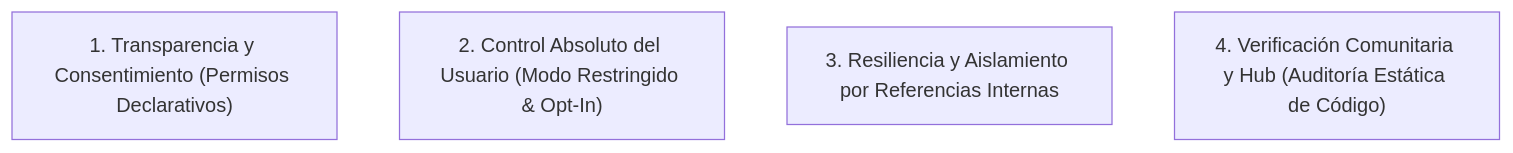
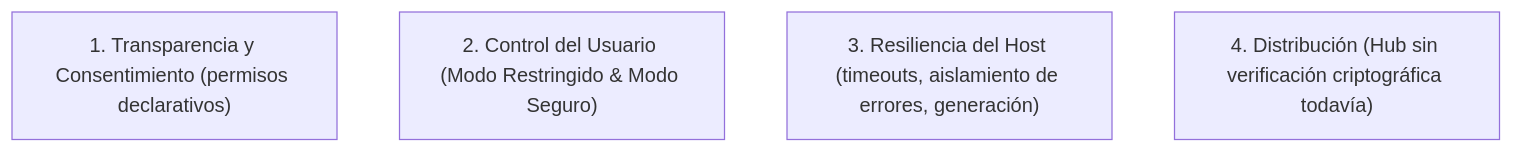
The diagram in docs/plugin-api/security-posture.md (daidarzzz/indexlydesktop), drawn with Mermaid before and after one commit. The commit also changed other lines of this file and 135 other files, not shown here.

````diff
--- a/docs/plugin-api/security-posture.md
+++ b/docs/plugin-api/security-posture.md
@@ -19,7 +24,7 @@
 ```mermaid
 graph TD
-    P1["1. Transparencia y Consentimiento (Permisos Declarativos)"]
-    P2["2. Control Absoluto del Usuario (Modo Restringido & Opt-In)"]
-    P3["3. Resiliencia y Aislamiento por Referencias Internas"]
-    P4["4. Verificación Comunitaria y Hub (Auditoría Estática de Código)"]
+    P1["1. Transparencia y Consentimiento (permisos declarativos)"]
+    P2["2. Control del Usuario (Modo Restringido & Modo Seguro)"]
+    P3["3. Resiliencia del Host (timeouts, aislamiento de errores, generación)"]
+    P4["4. Distribución (Hub sin verificación criptográfica todavía)"]
 ```
````
